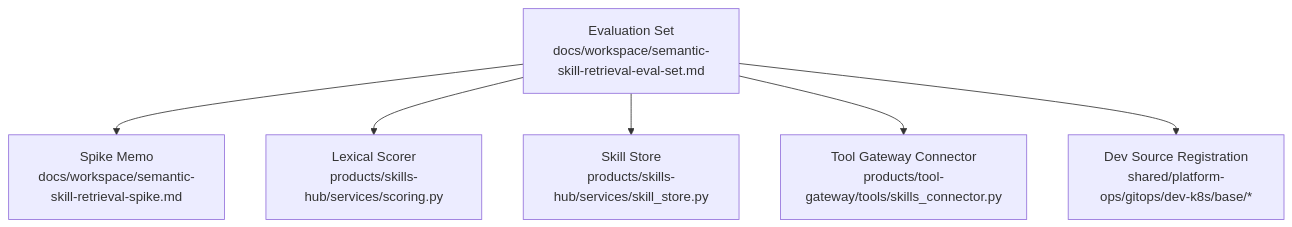
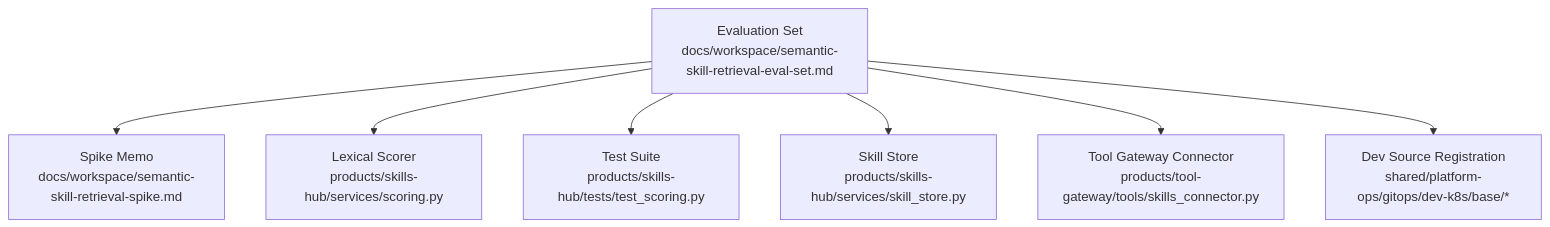
The first of 7 diagrams in .qoder/repowiki/en/content/Operator Portal/Workspace Management/Semantic Skill Retrieval Evaluation Set.md (alainlei/luban-aiops), drawn with Mermaid before and after one commit. The commit also changed other lines of this file and 5 other files, not shown here.

````diff
--- a/.qoder/repowiki/en/content/Operator Portal/Workspace Management/Semantic Skill Retrieval Evaluation Set.md
+++ b/.qoder/repowiki/en/content/Operator Portal/Workspace Management/Semantic Skill Retrieval Evaluation Set.md
@@ -38,14 +48,16 @@
 ```mermaid
 graph TB
 Docs["Evaluation Set<br/>docs/workspace/semantic-skill-retrieval-eval-set.md"]
 Spike["Spike Memo<br/>docs/workspace/semantic-skill-retrieval-spike.md"]
 Scorer["Lexical Scorer<br/>products/skills-hub/services/scoring.py"]
+TestSuite["Test Suite<br/>products/skills-hub/tests/test_scoring.py"]
 Store["Skill Store<br/>products/skills-hub/services/skill_store.py"]
 Tool["Tool Gateway Connector<br/>products/tool-gateway/tools/skills_connector.py"]
 Sources["Dev Source Registration<br/>shared/platform-ops/gitops/dev-k8s/base/*"]
 Docs --> Spike
 Docs --> Scorer
+Docs --> TestSuite
 Docs --> Store
 Docs --> Tool
 Docs --> Sources
 ```
````
